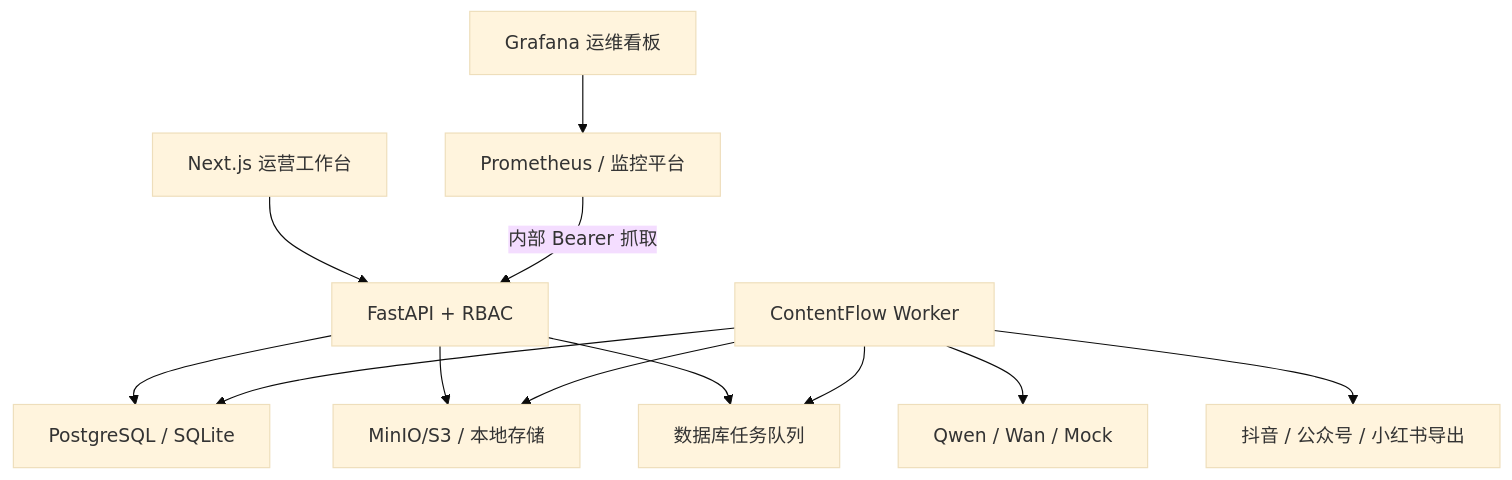
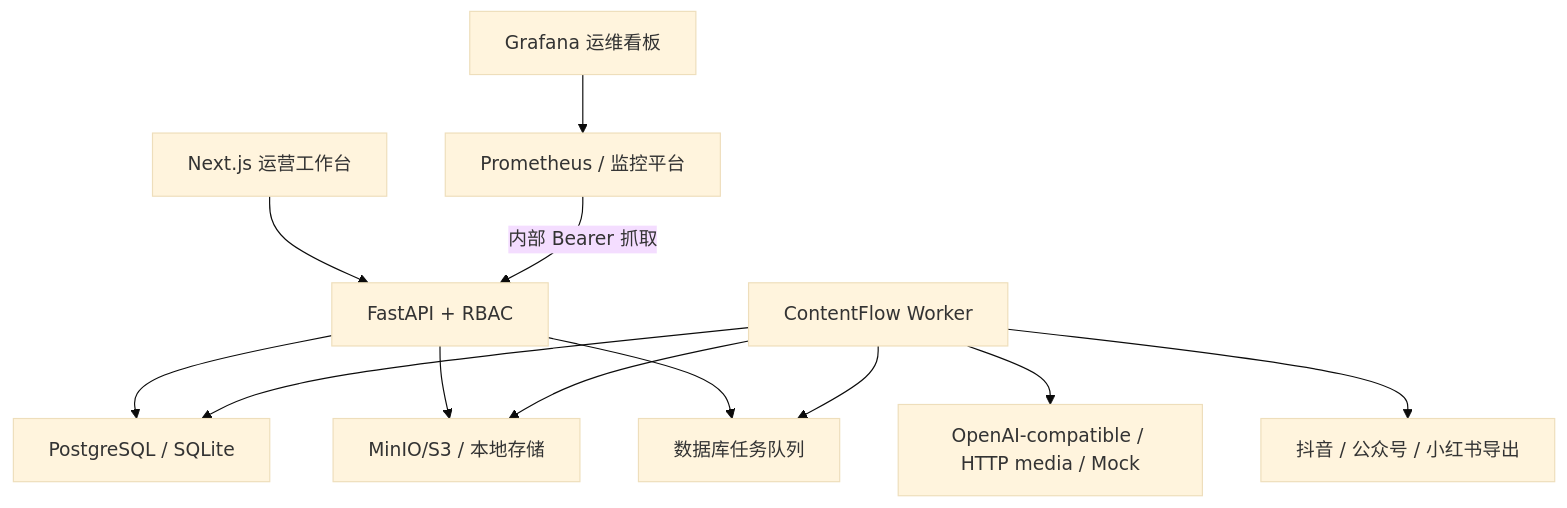
Before and after one commit to heee000/ContentFlow: the diagram in docs/architecture.md, drawn with Mermaid (base theme). The commit also changed other lines of this file and 21 other files, not shown here.

````diff
--- a/docs/architecture.md
+++ b/docs/architecture.md
@@ -7,14 +7,14 @@
 ```mermaid
 flowchart TB
     Web["Next.js 运营工作台"] --> API["FastAPI + RBAC"]
     Grafana["Grafana 运维看板"] --> Prometheus["Prometheus / 监控平台"]
     Prometheus -->|"内部 Bearer 抓取"| API
     API --> DB["PostgreSQL / SQLite"]
     API --> Object["MinIO/S3 / 本地存储"]
     API --> Queue["数据库任务队列"]
     Worker["ContentFlow Worker"] --> Queue
     Worker --> DB
     Worker --> Object
-    Worker --> Models["Qwen / Wan / Mock"]
+    Worker --> Models["OpenAI-compatible / HTTP media / Mock"]
     Worker --> Platforms["抖音 / 公众号 / 小红书导出"]
 ```
````
